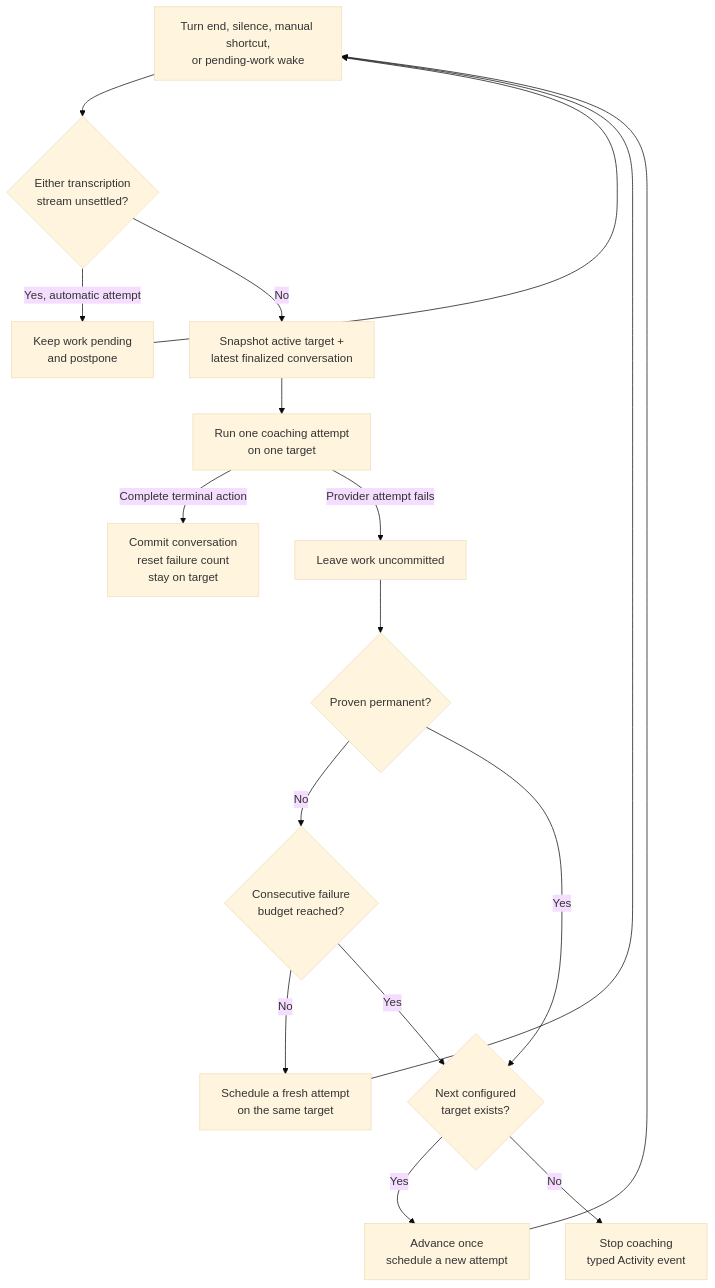
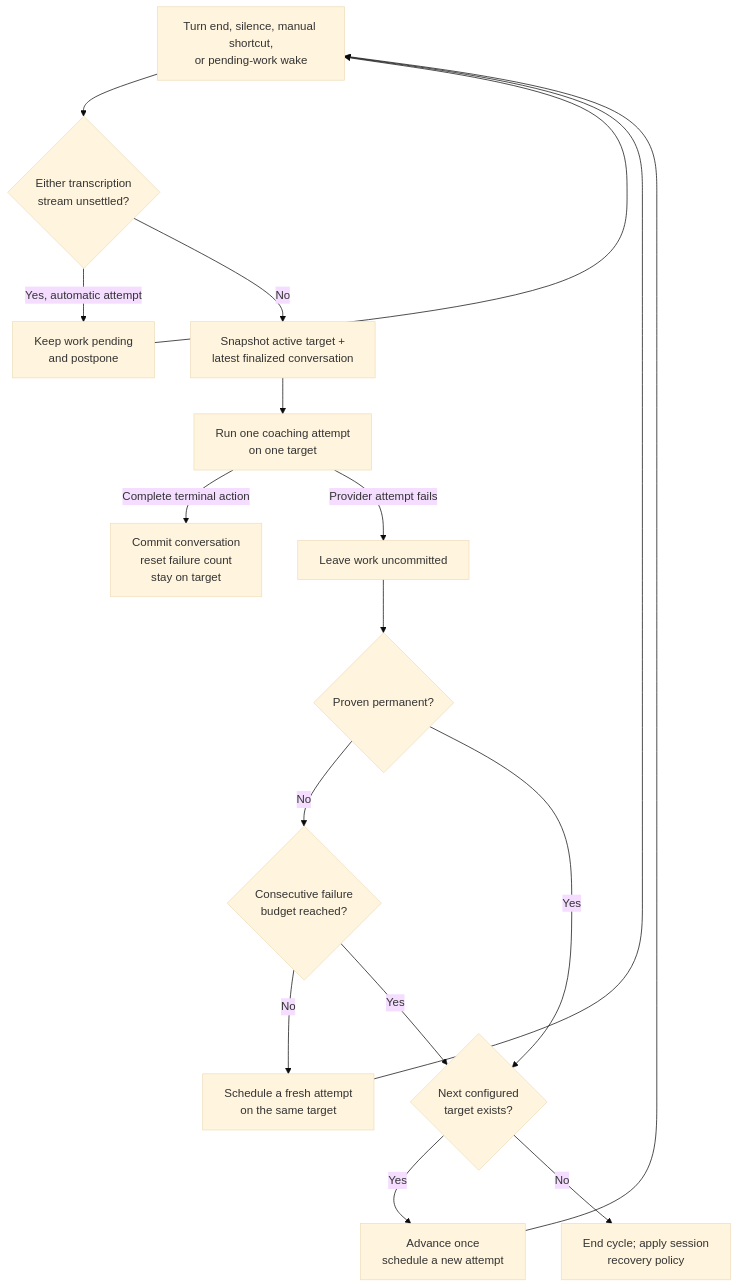
The diagram in wiki/architecture.md (JINGBANZ/jarvis), drawn with Mermaid (base theme) before and after one commit. The commit also changed other lines of this file and 27 other files, not shown here.

````diff
--- a/wiki/architecture.md
+++ b/wiki/architecture.md
@@ -494,19 +478,19 @@
 ```mermaid
 flowchart TD
     T[Turn end, silence, manual shortcut,<br/>or pending-work wake] --> S{Either transcription<br/>stream unsettled?}
     S -- Yes, automatic attempt --> P[Keep work pending<br/>and postpone]
     S -- No --> A[Snapshot active target +<br/>latest finalized conversation]
     A --> R[Run one coaching attempt<br/>on one target]
     R -- Complete terminal action --> C[Commit conversation<br/>reset failure count<br/>stay on target]
     R -- Provider attempt fails --> U[Leave work uncommitted]
     U --> D{Proven permanent?}
     D -- No --> B{Consecutive failure<br/>budget reached?}
     B -- No --> W[Schedule a fresh attempt<br/>on the same target]
     D -- Yes --> N{Next configured<br/>target exists?}
     B -- Yes --> N
     N -- Yes --> F[Advance once<br/>schedule a new attempt]
-    N -- No --> X[Stop coaching<br/>typed Activity event]
+    N -- No --> X[End cycle; apply session<br/>recovery policy]
     W --> T
     F --> T
     P --> T
 ```
````
